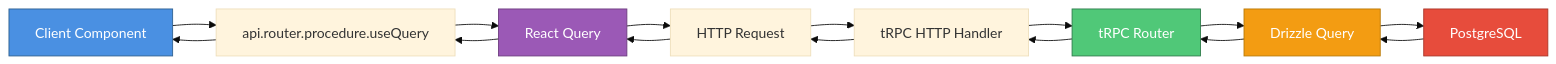
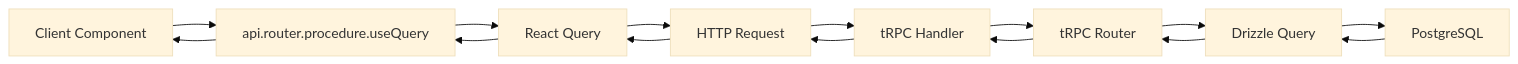
One commit to rayzru/info-web changed the second of 2 diagrams in ARCHITECTURE.md. Above: the diagram before and after it, drawn with Mermaid (base theme). The commit also changed other lines of this file and 85 other files, not shown here.

````diff
--- a/ARCHITECTURE.md
+++ b/ARCHITECTURE.md
@@ -114,23 +326,11 @@
 ```mermaid
 graph LR
     A[Client Component] --> B[api.router.procedure.useQuery]
     B --> C[React Query]
     C --> D[HTTP Request]
-    D --> E[tRPC HTTP Handler]
+    D --> E[tRPC Handler]
     E --> F[tRPC Router]
     F --> G[Drizzle Query]
     G --> H[PostgreSQL]
-    H --> G
-    G --> F
-    F --> E
-    E --> D
-    D --> C
-    C --> B
-    B --> A
-
-    style A fill:#4a90e2,stroke:#2d5f8f,color:#fff
-    style C fill:#9b59b6,stroke:#6c3a7d,color:#fff
-    style F fill:#50c878,stroke:#2d7a4a,color:#fff
-    style G fill:#f39c12,stroke:#b87805,color:#fff
-    style H fill:#e74c3c,stroke:#a83426,color:#fff
+    H --> G --> F --> E --> D --> C --> B --> A
 ```
````
